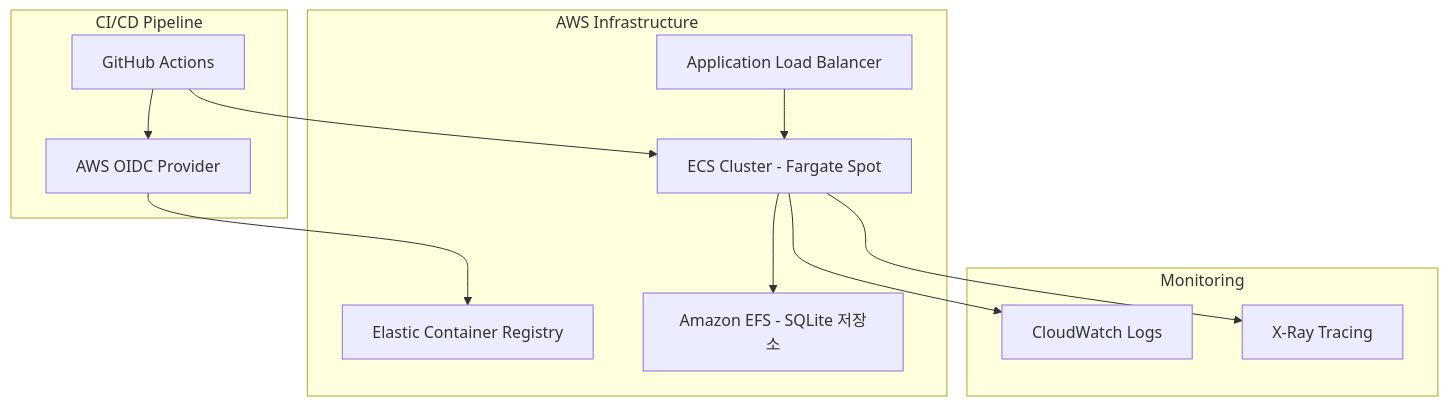
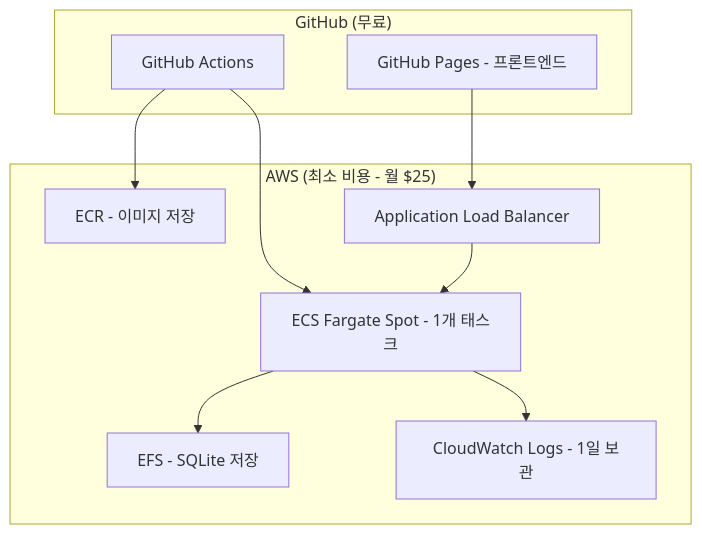
One commit to vibe-coding-paradigm/Realworld-serverless-microservice changed the first of 3 diagrams in docs/migration/PRD.md. Above: the diagram before and after it, drawn with Mermaid. The commit also changed other lines of this file, not shown here.

````diff
--- a/docs/migration/PRD.md
+++ b/docs/migration/PRD.md
@@ -28,27 +29,22 @@
 ```mermaid
 graph TB
-    subgraph "AWS Infrastructure"
-        ALB[Application Load Balancer]
-        ECS[ECS Cluster - Fargate Spot]
-        ECR[Elastic Container Registry]
-        EFS[Amazon EFS - SQLite 저장소]
+    subgraph "GitHub (무료)"
+        GHA[GitHub Actions]
+        GHP[GitHub Pages - 프론트엔드]
     end
     
-    subgraph "CI/CD Pipeline"
-        GHA[GitHub Actions]
-        OIDC[AWS OIDC Provider]
+    subgraph "AWS (최소 비용 - 월 $25)"
+        ECR[ECR - 이미지 저장]
+        ALB[Application Load Balancer]
+        ECS[ECS Fargate Spot - 1개 태스크]
+        EFS[EFS - SQLite 저장]
+        CW[CloudWatch Logs - 1일 보관]
     end
     
-    subgraph "Monitoring"
-        CW[CloudWatch Logs]
-        XR[X-Ray Tracing]
-    end
-    
-    GHA --> OIDC
-    OIDC --> ECR
+    GHA --> ECR
     GHA --> ECS
+    GHP --> ALB
     ALB --> ECS
     ECS --> EFS
     ECS --> CW
-    ECS --> XR
 ```
````
